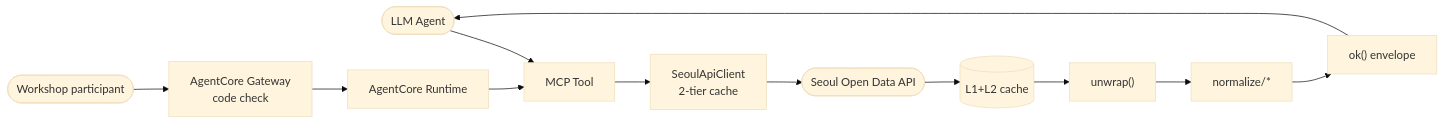
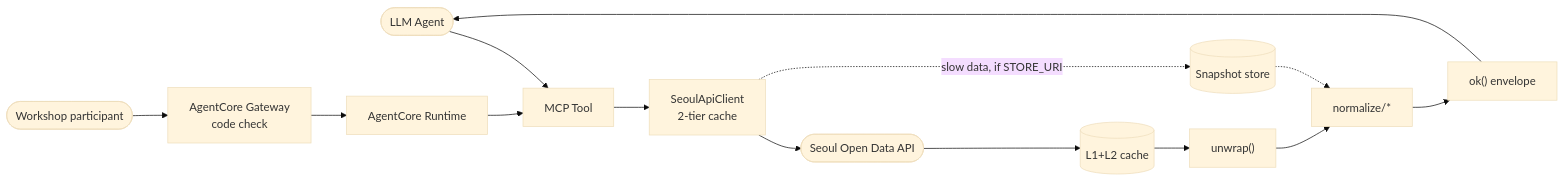
Before and after one commit to whchoi98/seoul-opendata-mcp: the fourth of 4 diagrams in docs/architecture.md, drawn with Mermaid (base theme). The commit also changed other lines of this file and 15 other files, not shown here.

First line of the commit message:
docs: document the snapshot store, the collector, and ADR-007

````diff
--- a/docs/architecture.md
+++ b/docs/architecture.md
@@ -259,10 +267,11 @@
 ```mermaid
 flowchart LR
   Agent(["LLM Agent"]) --> Tool["MCP Tool"] --> Client["SeoulApiClient<br/>2-tier cache"] --> API(["Seoul Open Data API"])
+  Client -.->|"slow data, if STORE_URI"| Store[("Snapshot store")] -.-> Normalize
   API --> Cache[("L1+L2 cache")]
   Cache --> Unwrap["unwrap()"]
   Unwrap --> Normalize["normalize/*"]
   Normalize --> Envelope["ok() envelope"]
   Envelope --> Agent
   Participant(["Workshop participant"]) --> Gateway["AgentCore Gateway<br/>code check"] --> Runtime["AgentCore Runtime"] --> Tool
 ```
````
